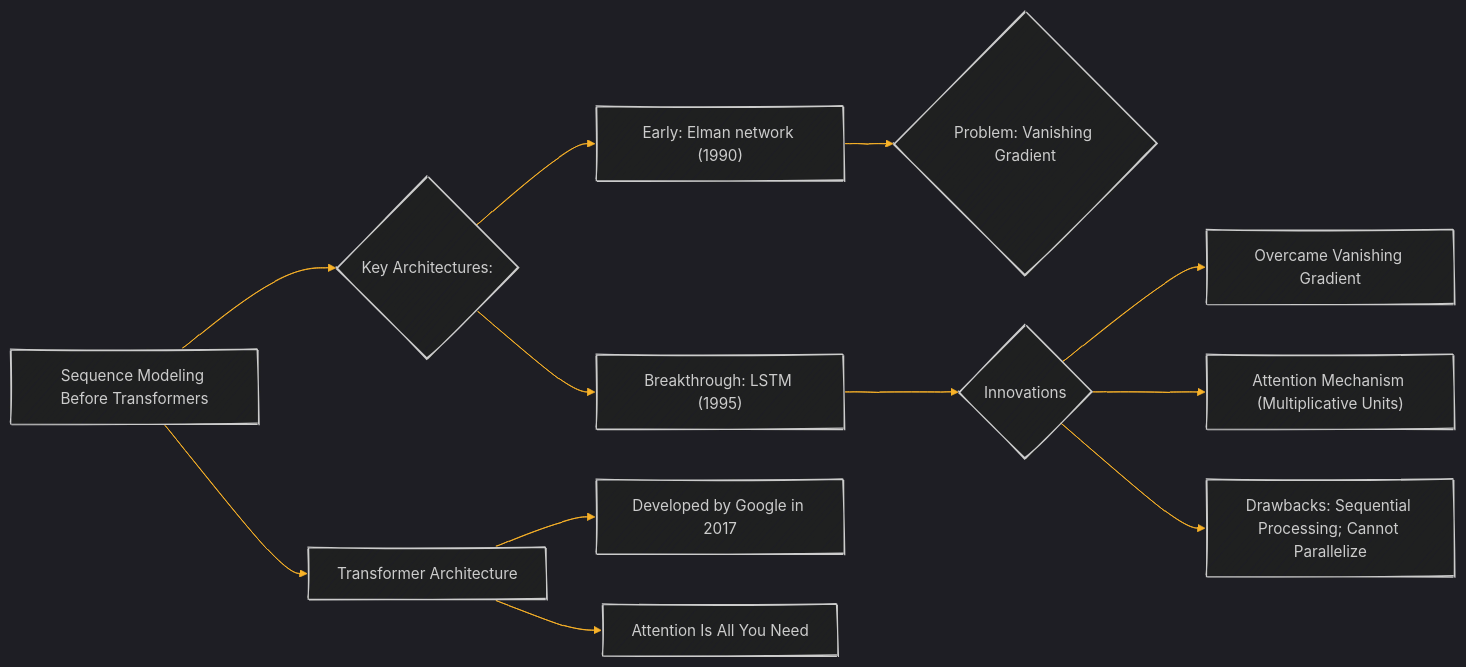
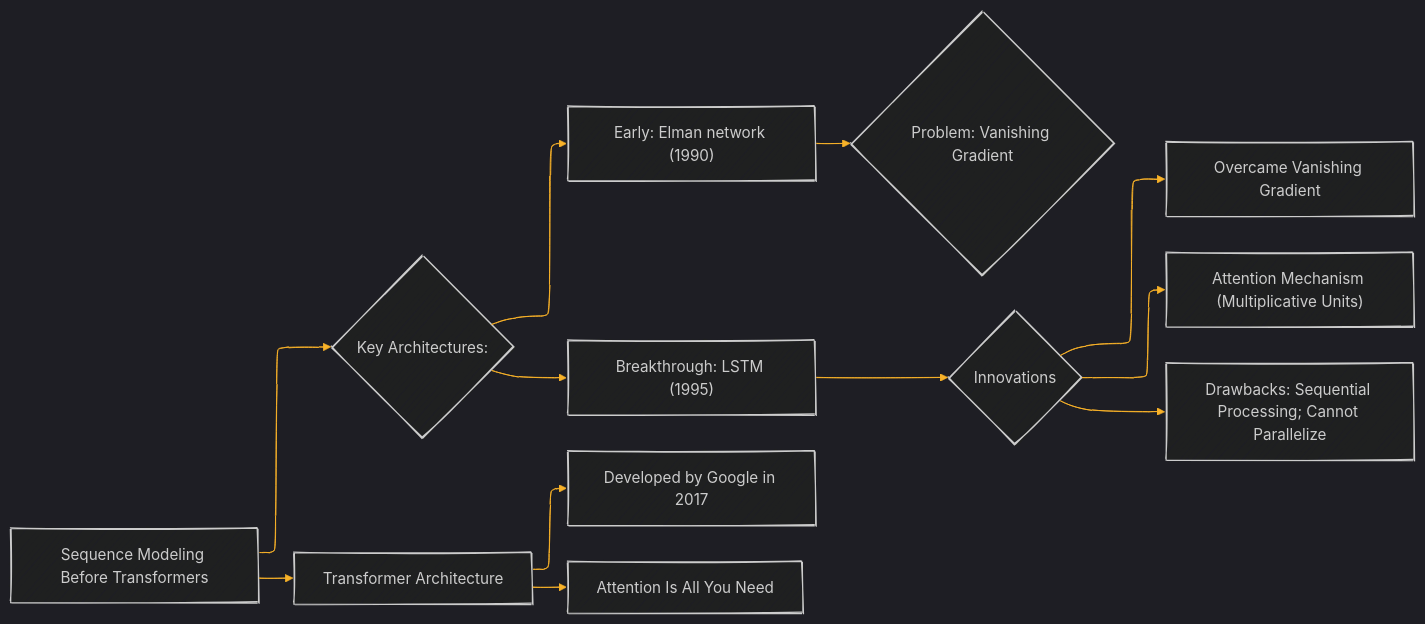
The second of 16 diagrams in Transformers/Transformer_Draft_1.md (CongLeSolutionX/Synthetic-Zooniverse), drawn with Mermaid before and after one commit. The commit also changed other lines of this file and 3 other files, not shown here.

````diff
--- a/Transformers/Transformer_Draft_1.md
+++ b/Transformers/Transformer_Draft_1.md
@@ -64,32 +65,33 @@
 ```mermaid
 %%{
   init: {
     'theme': 'dark',
+    'layout': 'elk',
     'look': 'handDrawn',
     'fontFamily': 'verdana',
     'themeVariables': {
       'primaryColor': '#BB2528',
       'primaryTextColor': '#fff',
       'primaryBorderColor': '#7C0000',
       'lineColor': '#F8B229',
       'secondaryColor': '#006100',
       'tertiaryColor': '#fff'
     }
   }
 }%%
 graph LR
     A[Sequence Modeling Before Transformers] --> B{Key Architectures:};
     B --> B1["Early: Elman network (1990)"];
     B1 --> B2{"Problem: Vanishing Gradient"};
     B --> B3["Breakthrough: LSTM (1995)"];
     B3 --> B4{"Innovations"};
     B4 --> B4a[Overcame Vanishing Gradient];
     B4 --> B4b["Attention Mechanism (Multiplicative Units)"];
     B4 --> B5["Drawbacks: Sequential Processing; Cannot Parallelize"];
     A -->C[Transformer Architecture];
     C-->C1[Developed by Google in 2017];
     C-->C2[Attention Is All You Need];
 
     classDef detail fill:#f9f,stroke:#333,stroke-width:2px
     
 ```
````
